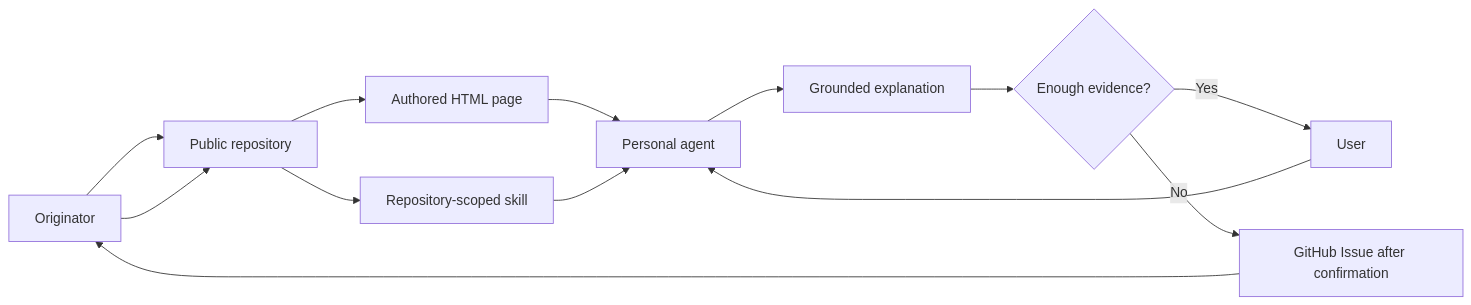
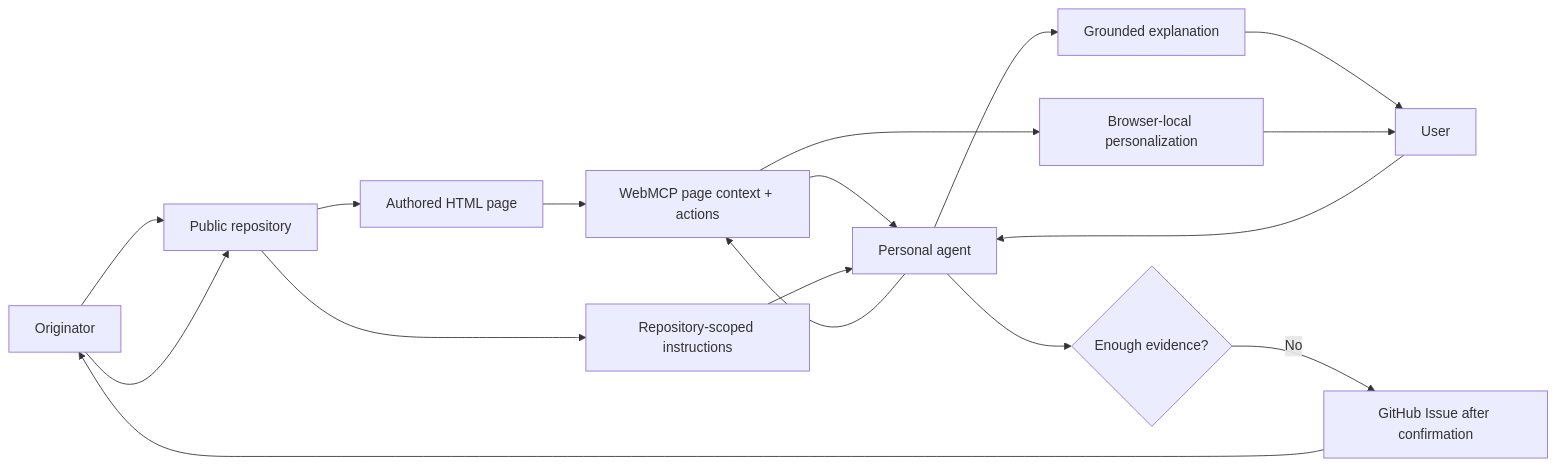
Before and after one commit to andrew-veresov/explain-him: the diagram in knowledge/00-overview.md, drawn with Mermaid. The commit also changed other lines of this file, not shown here.

Commit message:
docs: make WebMCP shared-page role explicit

````diff
--- a/knowledge/00-overview.md
+++ b/knowledge/00-overview.md
@@ -13,15 +13,19 @@
 ```mermaid
 flowchart LR
     O[Originator] --> R[Public repository]
     R --> P[Authored HTML page]
-    R --> S[Repository-scoped skill]
+    R --> S[Repository-scoped instructions]
     U[User] --> A[Personal agent]
-    P --> A
+    P --> W[WebMCP page context + actions]
+    W --> A
     S --> A
     A --> E[Grounded explanation]
-    E --> Q{Enough evidence?}
-    Q -->|Yes| U
+    E --> U
+    A --> W
+    W --> L[Browser-local personalization]
+    L --> U
+    A --> Q{Enough evidence?}
     Q -->|No| I[GitHub Issue after confirmation]
     I --> O
     O --> R
 ```
````
